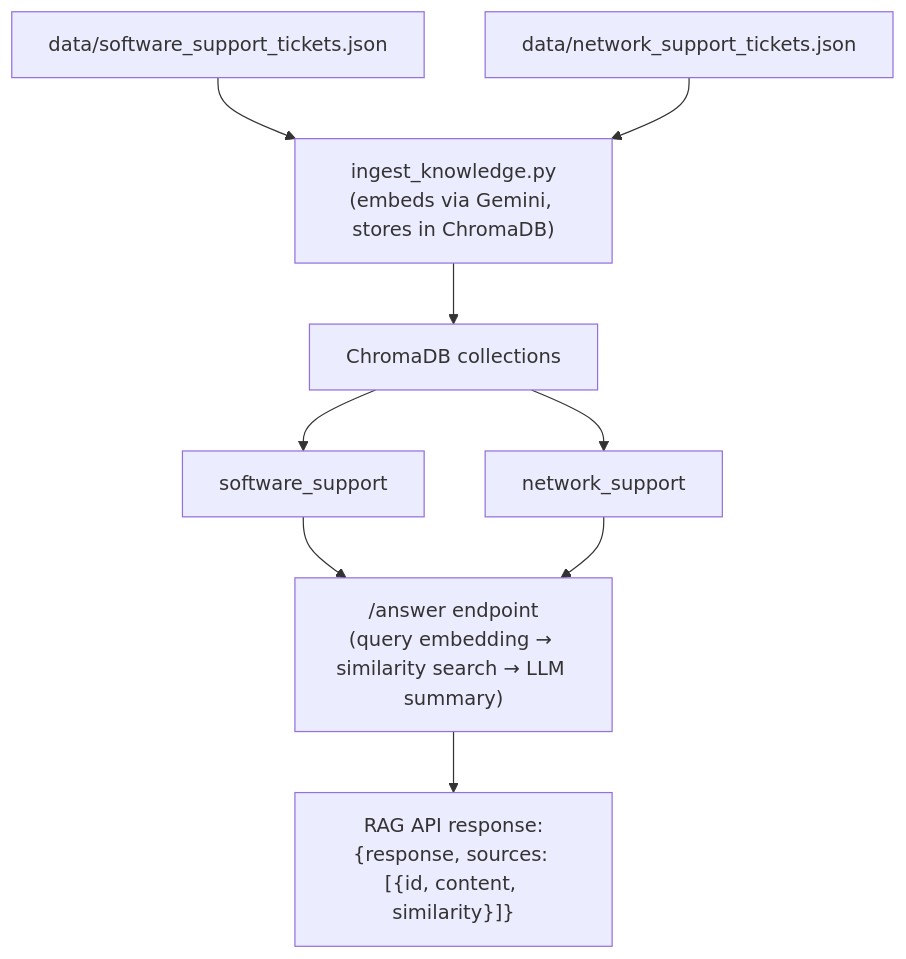
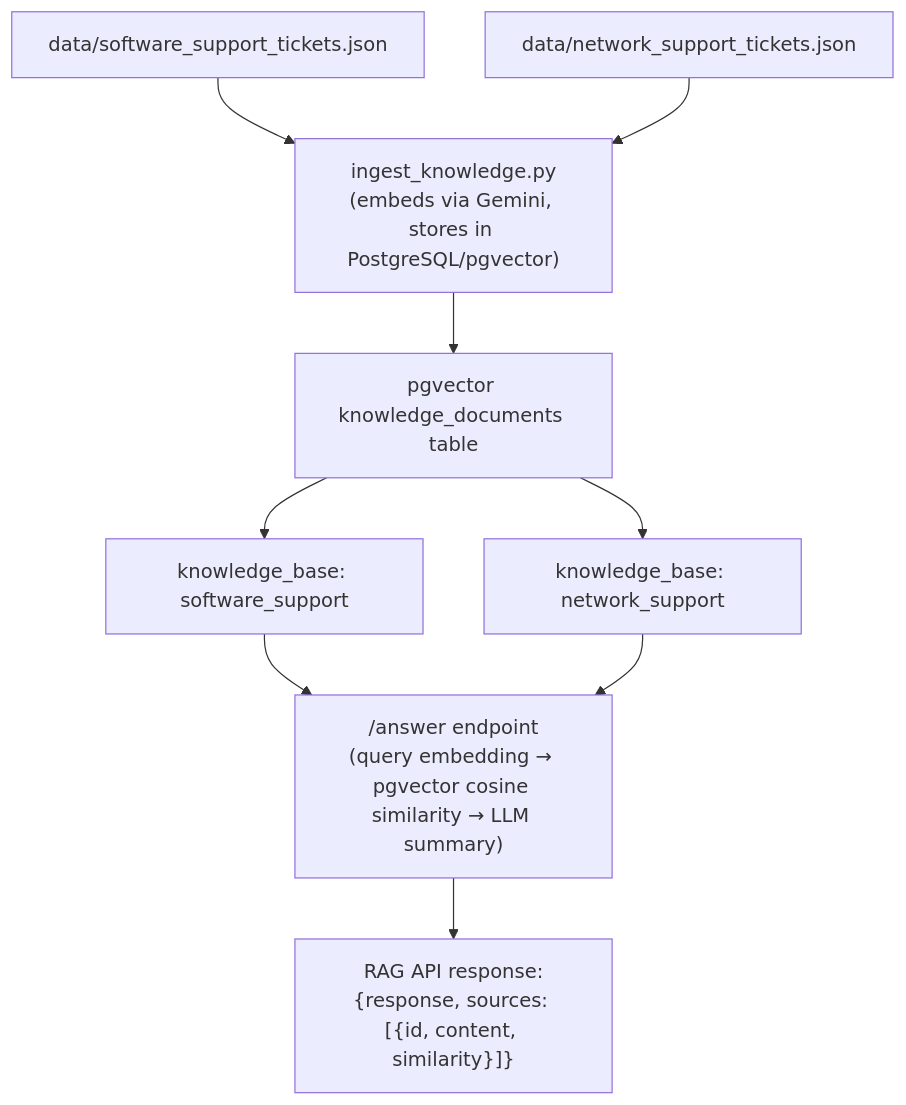
One commit to rh-ai-quickstart/agentic-partners-integration changed the first of 4 diagrams in README.md. Above: the diagram before and after it, drawn with Mermaid. The commit also changed other lines of this file and 17 other files, not shown here.

First line of the commit message:
Fix RAG service and migrate from ChromaDB to pgvector

````diff
--- a/README.md
+++ b/README.md
@@ -223,10 +223,10 @@
 ```mermaid
 flowchart TD
-    A["data/software_support_tickets.json"] --> C["ingest_knowledge.py\n(embeds via Gemini, stores in ChromaDB)"]
+    A["data/software_support_tickets.json"] --> C["ingest_knowledge.py\n(embeds via Gemini, stores in PostgreSQL/pgvector)"]
     B["data/network_support_tickets.json"] --> C
-    C --> D["ChromaDB collections"]
-    D --> D1["software_support"]
-    D --> D2["network_support"]
-    D1 & D2 --> E["/answer endpoint\n(query embedding → similarity search → LLM summary)"]
+    C --> D["pgvector knowledge_documents table"]
+    D --> D1["knowledge_base: software_support"]
+    D --> D2["knowledge_base: network_support"]
+    D1 & D2 --> E["/answer endpoint\n(query embedding → pgvector cosine similarity → LLM summary)"]
     E --> F["RAG API response:\n{response, sources: [{id, content, similarity}]}"]
 ```
````
